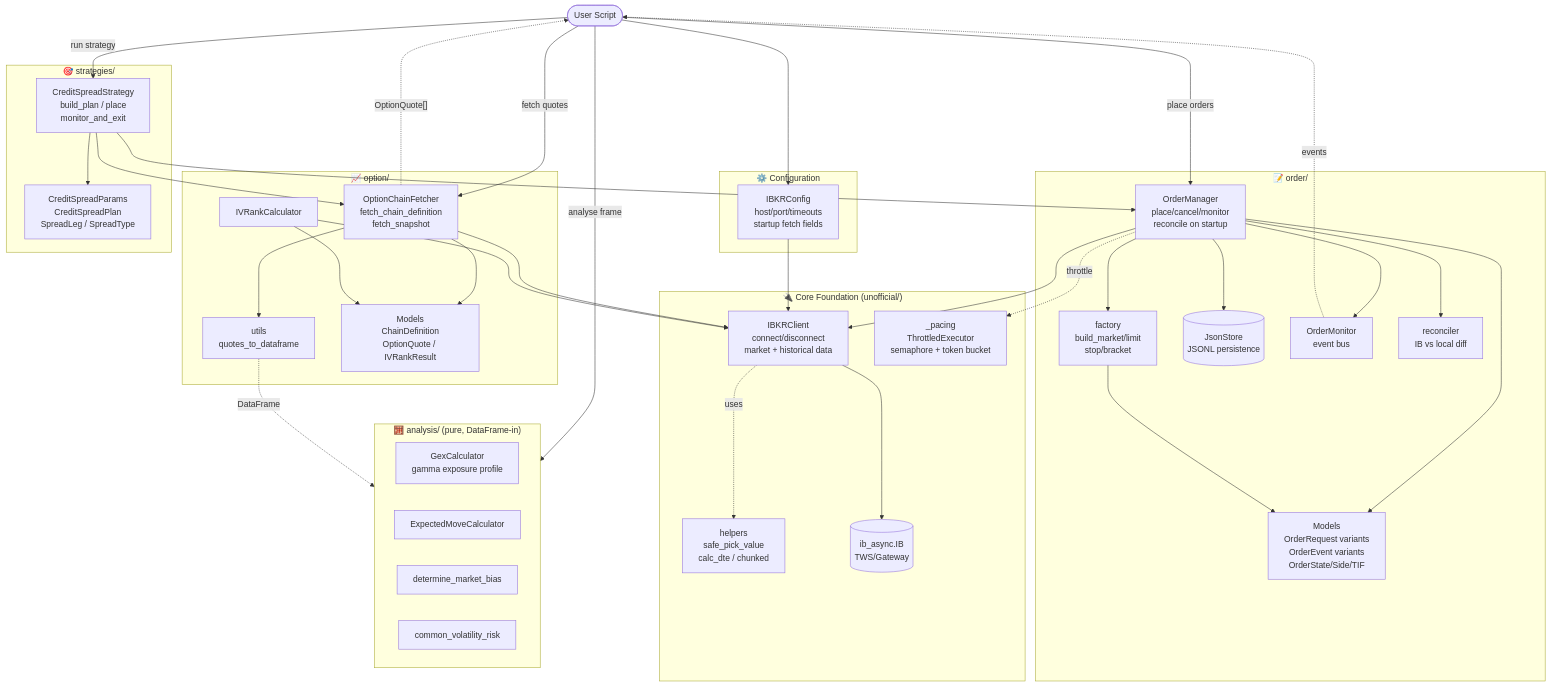
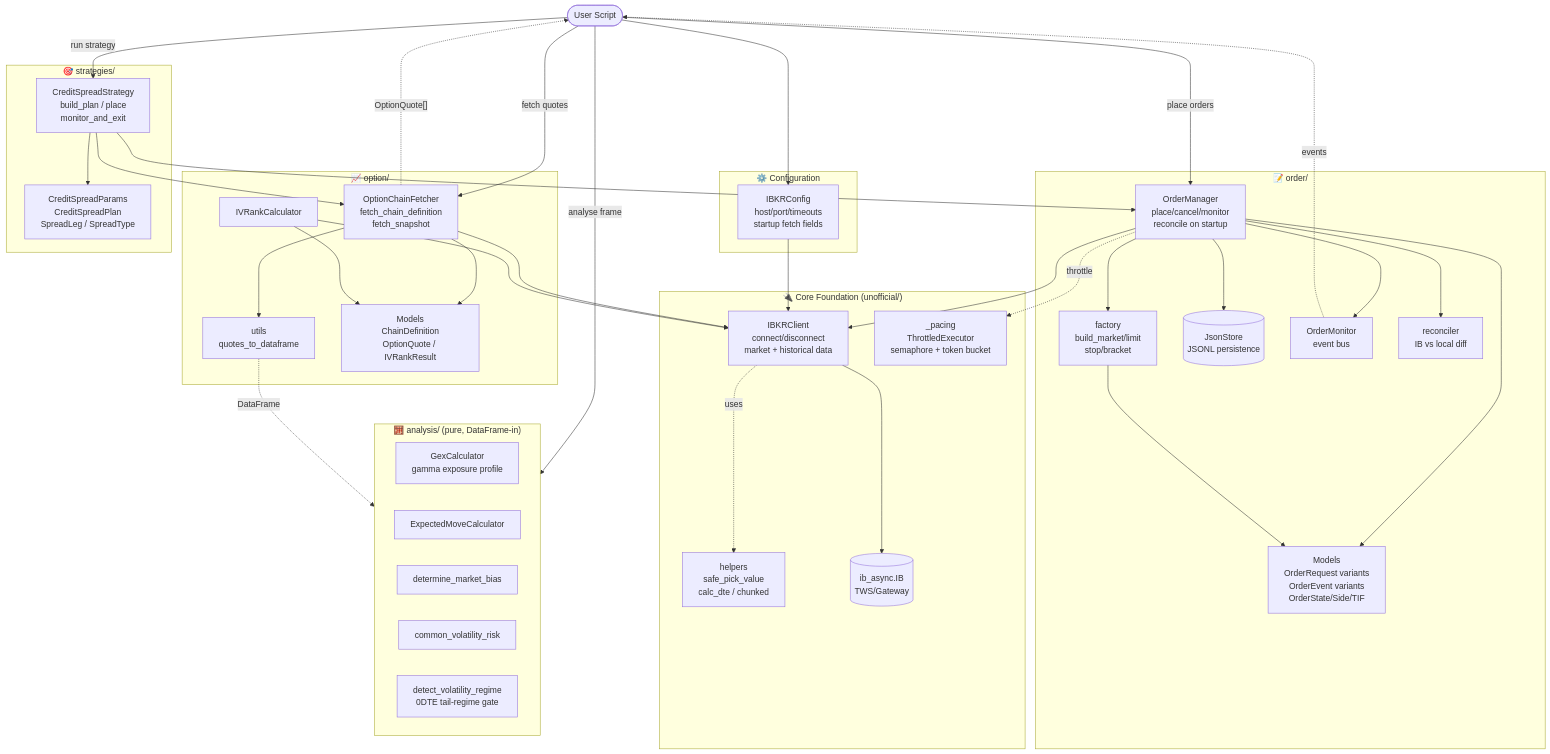
The diagram in docs/architecture.md (bigbossguru/ibtws), drawn with Mermaid before and after one commit. The commit also changed 6 other files, not shown here.

````diff
--- a/docs/architecture.md
+++ b/docs/architecture.md
@@ -5,77 +5,78 @@
 ```mermaid
 flowchart TB
     User([User Script])
 
     subgraph Config["⚙️ Configuration"]
         IBKRConfig[IBKRConfig<br/>host/port/timeouts<br/>startup fetch fields]
     end
 
     subgraph Core["🔌 Core Foundation (unofficial/)"]
         Client[IBKRClient<br/>connect/disconnect<br/>market + historical data]
         Pacing[_pacing<br/>ThrottledExecutor<br/>semaphore + token bucket]
         Helpers[helpers<br/>safe_pick_value<br/>calc_dte / chunked]
         IB[(ib_async.IB<br/>TWS/Gateway)]
     end
 
     subgraph Options["📈 option/"]
         ChainFetcher[OptionChainFetcher<br/>fetch_chain_definition<br/>fetch_snapshot]
         IVRank[IVRankCalculator]
         OptUtils[utils<br/>quotes_to_dataframe]
         OptModels[Models<br/>ChainDefinition<br/>OptionQuote / IVRankResult]
     end
 
     subgraph Orders["📝 order/"]
         OrderMgr[OrderManager<br/>place/cancel/monitor<br/>reconcile on startup]
         Factory[factory<br/>build_market/limit<br/>stop/bracket]
         Store[(JsonStore<br/>JSONL persistence)]
         Monitor[OrderMonitor<br/>event bus]
         Reconciler[reconciler<br/>IB vs local diff]
         OrdModels[Models<br/>OrderRequest variants<br/>OrderEvent variants<br/>OrderState/Side/TIF]
     end
 
     subgraph Analysis["🧮 analysis/ (pure, DataFrame-in)"]
         Gex[GexCalculator<br/>gamma exposure profile]
         ExpMove[ExpectedMoveCalculator]
         Bias[determine_market_bias]
         VolRisk[common_volatility_risk]
+        VolRegime[detect_volatility_regime<br/>0DTE tail-regime gate]
     end
 
     subgraph Strategies["🎯 strategies/"]
         CreditSpread[CreditSpreadStrategy<br/>build_plan / place<br/>monitor_and_exit]
         StratModels[CreditSpreadParams<br/>CreditSpreadPlan<br/>SpreadLeg / SpreadType]
     end
 
     User --> IBKRConfig
     IBKRConfig --> Client
     Client --> IB
     Client -.uses.-> Helpers
 
     User -->|fetch quotes| ChainFetcher
     User -->|place orders| OrderMgr
     User -->|run strategy| CreditSpread
     User -->|analyse frame| Analysis
 
     ChainFetcher --> Client
     ChainFetcher --> OptModels
     ChainFetcher --> OptUtils
     IVRank --> Client
     IVRank --> OptModels
 
     OrderMgr --> Client
     OrderMgr -.throttle.-> Pacing
     OrderMgr --> Factory
     OrderMgr --> Store
     OrderMgr --> Monitor
     OrderMgr --> Reconciler
     OrderMgr --> OrdModels
     Factory --> OrdModels
 
     CreditSpread --> ChainFetcher
     CreditSpread --> OrderMgr
     CreditSpread --> StratModels
 
     OptUtils -.DataFrame.-> Analysis
 
     Monitor -.events.-> User
     ChainFetcher -.OptionQuote[].-> User
 ```
````
